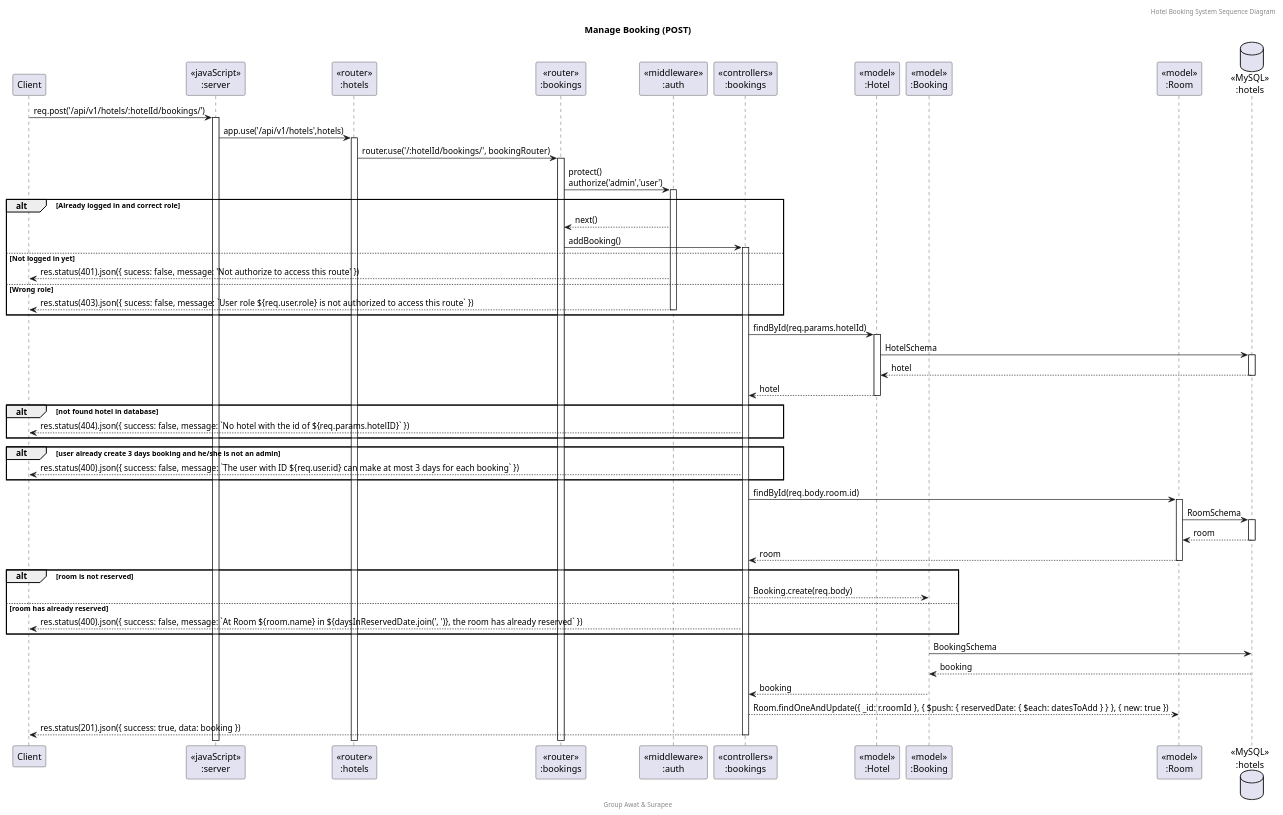
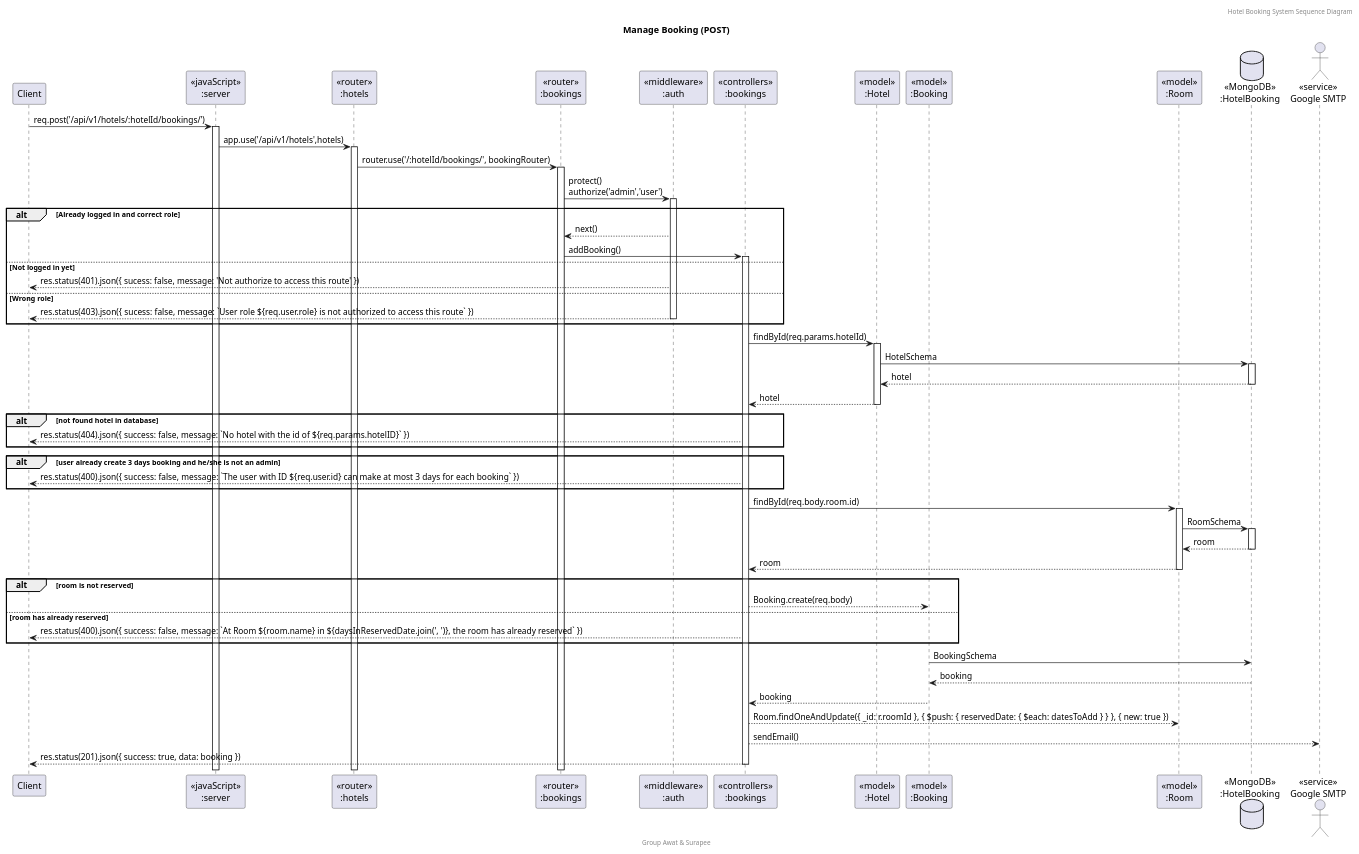
The diagram in doc/Sequence Diagram/puml/Booking_Post.puml (northsurapee/Hotel_Booking), drawn with PlantUML before and after one commit. The commit also changed 26 other files, not shown here.

Commit message:
feat: delete plantUML generated folers and add class diagram

```diff
--- a/doc/Sequence Diagram/puml/Booking_Post.puml
+++ b/doc/Sequence Diagram/puml/Booking_Post.puml
@@ -1,55 +1,57 @@
 @startuml Manage Booking (POST)
 
 header Hotel Booking System Sequence Diagram
 footer Group Awat & Surapee
 title "Manage Booking (POST)"
 
 participant "Client" as client
 participant "<<javaScript>>\n:server" as server
 participant "<<router>>\n:hotels" as routerHotels
 participant "<<router>>\n:bookings" as routerBookings
 participant "<<middleware>>\n:auth" as middleware
 participant "<<controllers>>\n:bookings" as controllersBookings
 participant "<<model>>\n:Hotel" as modelHotel
 participant "<<model>>\n:Booking" as modelBooking
 participant "<<model>>\n:Room" as modelRoom
-database "<<MySQL>>\n:hotels" as HotelBookingDatabase
+database "<<MongoDB>>\n:HotelBooking" as HotelBookingDatabase
+actor "<<service>>\nGoogle SMTP" as smtp
 
 client -> server ++:req.post('/api/v1/hotels/:hotelId/bookings/')
 server -> routerHotels ++:app.use('/api/v1/hotels',hotels)
 routerHotels -> routerBookings ++:router.use('/:hotelId/bookings/', bookingRouter)
 routerBookings -> middleware ++:protect()\nauthorize('admin','user')
 alt Already logged in and correct role
     middleware --> routerBookings : next()
     routerBookings -> controllersBookings ++: addBooking()
 else Not logged in yet
     middleware --> client : res.status(401).json({ sucess: false, message: 'Not authorize to access this route' })
 else Wrong role
     middleware --> client --: res.status(403).json({ sucess: false, message: `User role ${req.user.role} is not authorized to access this route` })
 end
 controllersBookings -> modelHotel ++: findById(req.params.hotelId)
 modelHotel -> HotelBookingDatabase ++: HotelSchema
 HotelBookingDatabase --> modelHotel --: hotel
 controllersBookings <-- modelHotel --:hotel
 alt not found hotel in database
     controllersBookings --> client  : res.status(404).json({ success: false, message: `No hotel with the id of ${req.params.hotelID}` })
 end
 alt user already create 3 days booking and he/she is not an admin
     controllersBookings --> client : res.status(400).json({ success: false, message: `The user with ID ${req.user.id} can make at most 3 days for each booking` })
 end
 controllersBookings -> modelRoom ++: findById(req.body.room.id)
 modelRoom -> HotelBookingDatabase ++: RoomSchema
 HotelBookingDatabase --> modelRoom --: room
 controllersBookings <-- modelRoom --: room
 alt room is not reserved
     controllersBookings --> modelBooking : Booking.create(req.body)
 else room has already reserved
     controllersBookings --> client : res.status(400).json({ success: false, message: `At Room ${room.name} in ${daysInReservedDate.join(', ')}, the room has already reserved` })
 end
 modelBooking -> HotelBookingDatabase : BookingSchema
 HotelBookingDatabase --> modelBooking --: booking
 controllersBookings <-- modelBooking --: booking
 
 controllersBookings --> modelRoom : Room.findOneAndUpdate({ _id: r.roomId }, { $push: { reservedDate: { $each: datesToAdd } } }, { new: true })
+controllersBookings --> smtp : sendEmail()
 controllersBookings --> client --:res.status(201).json({ success: true, data: booking })
 @enduml
```
